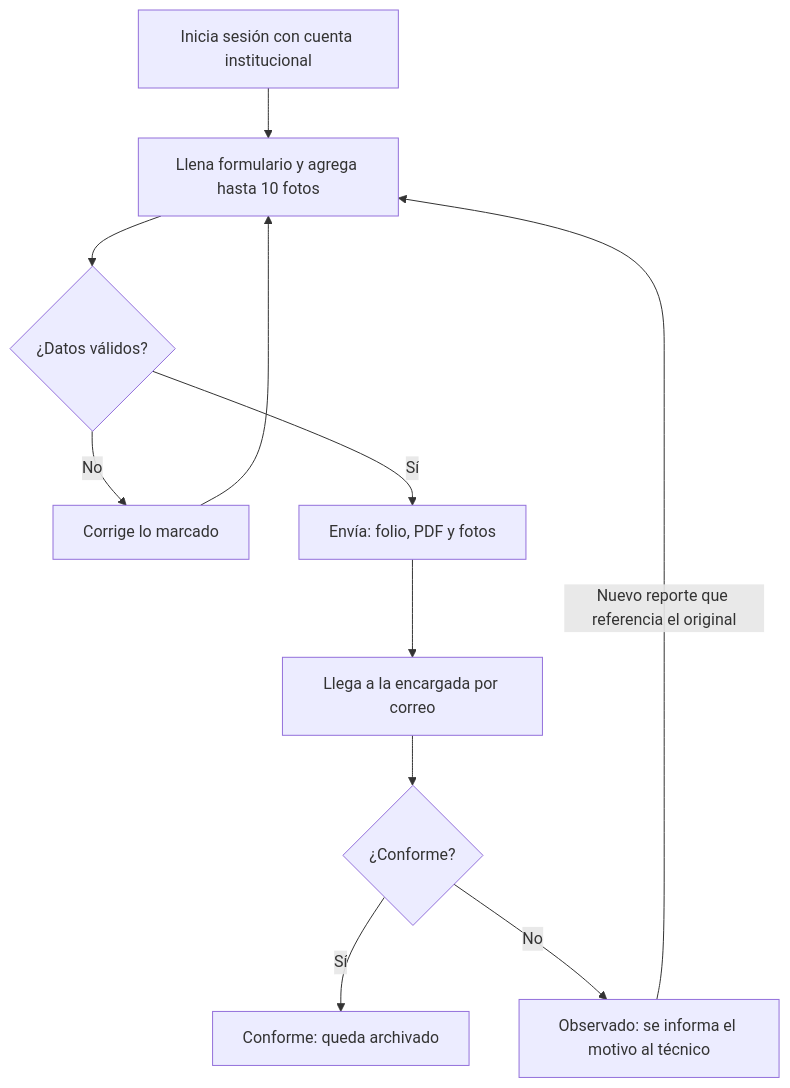
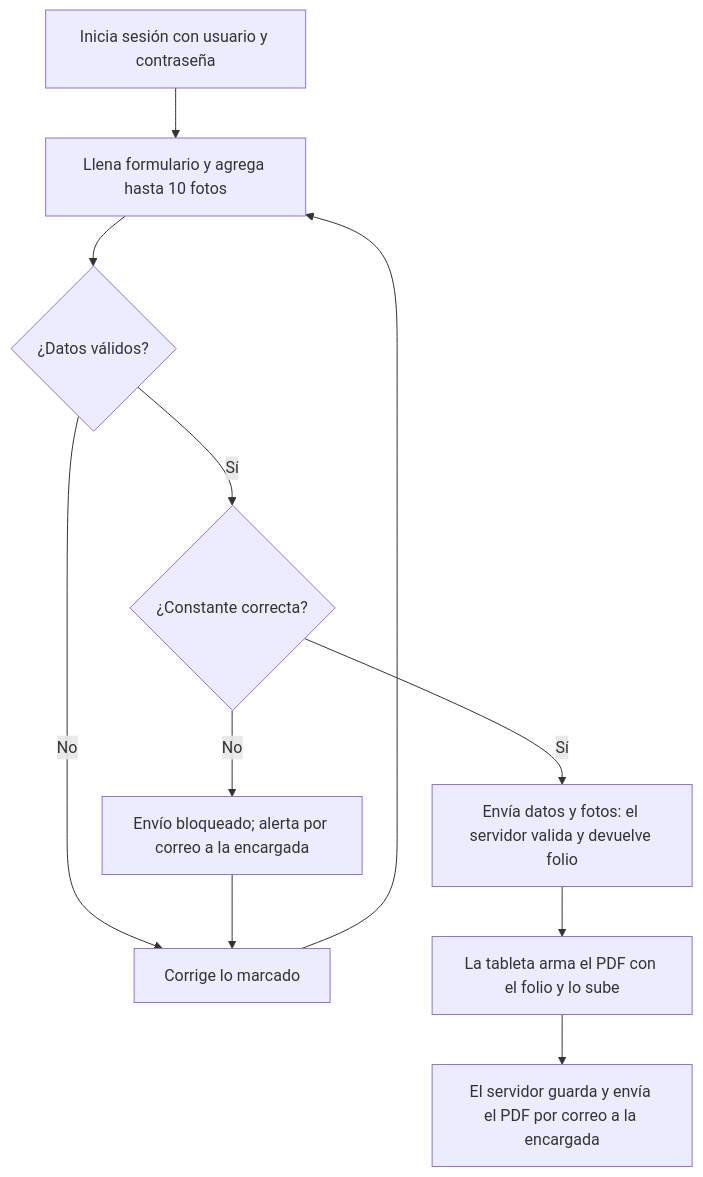
Before and after one commit to hgarcia170697/Ordenes-de-maxima-demanda: the first of 2 diagrams in README.md, drawn with Mermaid. The commit also changed other lines of this file, not shown here.

````diff
--- a/README.md
+++ b/README.md
@@ -71,13 +91,13 @@
 ```mermaid
 flowchart TD
-    A[Inicia sesión con cuenta institucional] --> B[Llena formulario y agrega hasta 10 fotos]
+    A[Inicia sesión con usuario y contraseña] --> B[Llena formulario y agrega hasta 10 fotos]
     B --> C{¿Datos válidos?}
     C -- No --> D[Corrige lo marcado]
     D --> B
-    C -- Sí --> E[Envía: folio, PDF y fotos]
-    E --> F[Llega a la encargada por correo]
-    F --> G{¿Conforme?}
-    G -- Sí --> H[Conforme: queda archivado]
-    G -- No --> I[Observado: se informa el motivo al técnico]
-    I -->|Nuevo reporte que referencia el original| B
+    C -- Sí --> K{¿Constante correcta?}
+    K -- No --> L[Envío bloqueado; alerta por correo a la encargada]
+    L --> D
+    K -- Sí --> E[Envía datos y fotos: el servidor valida y devuelve folio]
+    E --> F[La tableta arma el PDF con el folio y lo sube]
+    F --> G[El servidor guarda y envía el PDF por correo a la encargada]
 ```
````
